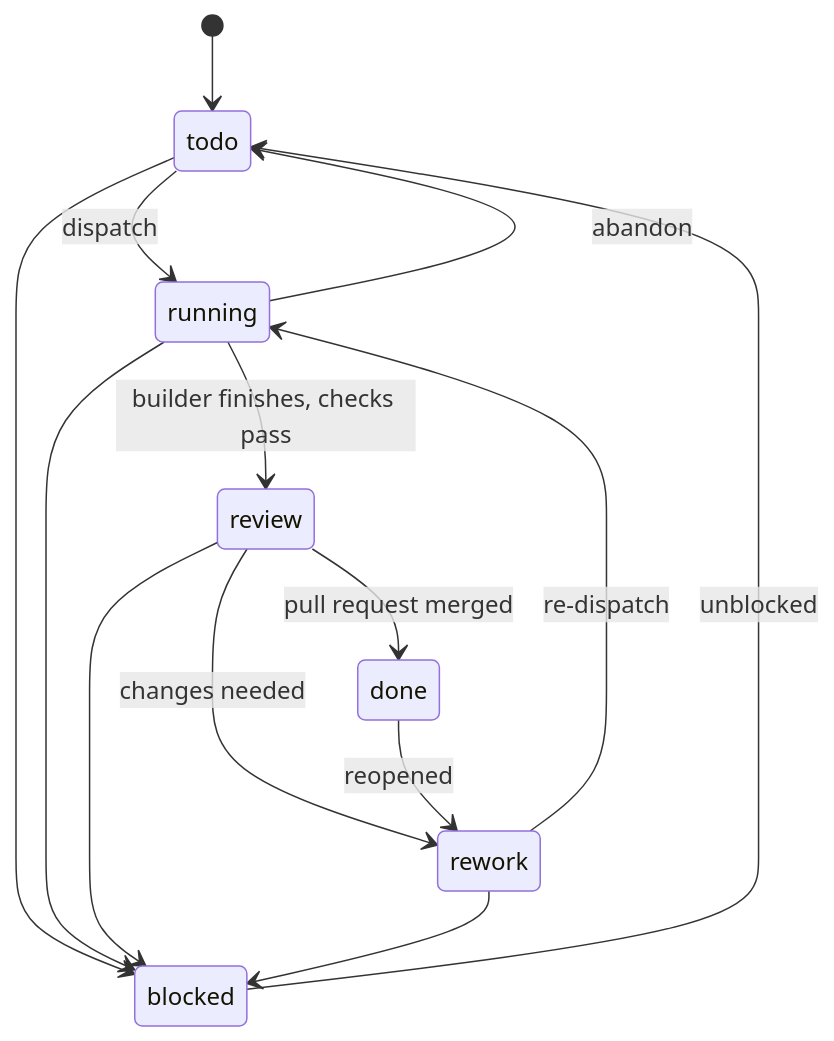
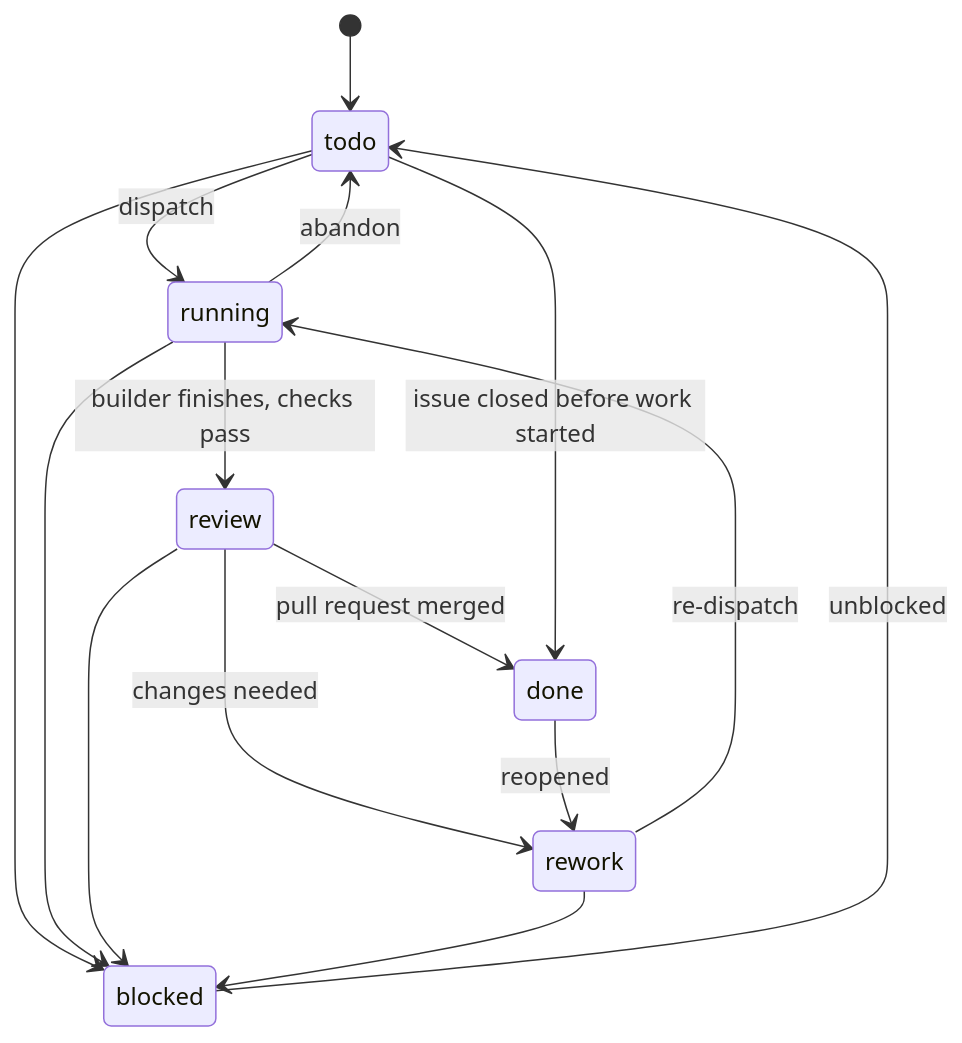
The second of 2 diagrams in docs/DESIGN.md (jack-huffman/agent-command-center), drawn with Mermaid before and after one commit. The commit also changed other lines of this file and 6 other files, not shown here.

````diff
--- a/docs/DESIGN.md
+++ b/docs/DESIGN.md
@@ -156,16 +156,17 @@
 ```mermaid
 stateDiagram-v2
     [*] --> todo
     todo --> running: dispatch
     running --> review: builder finishes, checks pass
     review --> rework: changes needed
     rework --> running: re-dispatch
     review --> done: pull request merged
+    todo --> done: issue closed before work started
     running --> todo: abandon
     done --> rework: reopened
     todo --> blocked
     running --> blocked
     review --> blocked
     rework --> blocked
     blocked --> todo: unblocked
 ```
````
